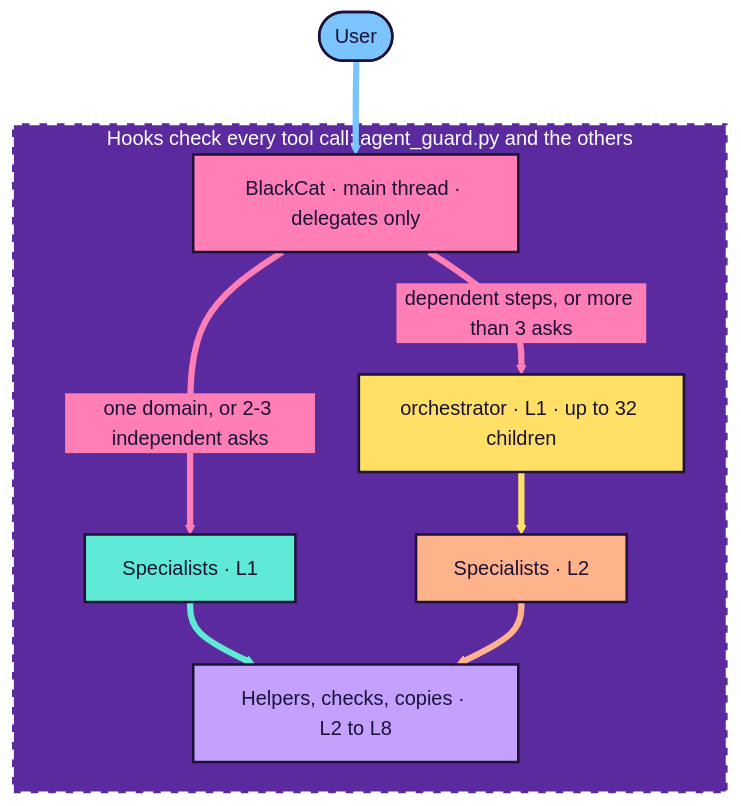
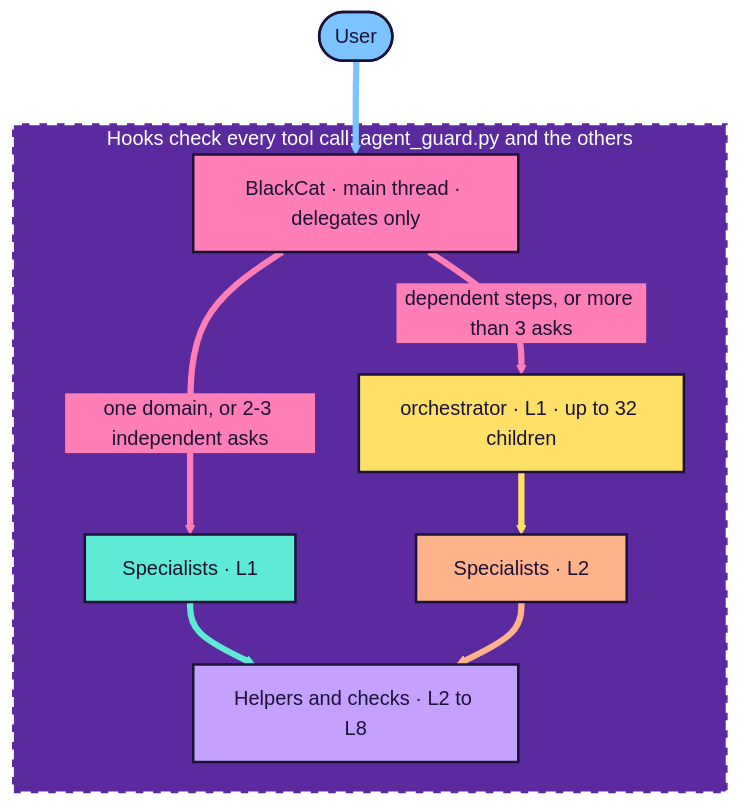
One commit to pmrjge/blackcat changed the diagram in docs/diagrams/architecture.mmd. Above: the diagram before and after it, drawn with Mermaid. The commit also changed 34 other files, not shown here.

```diff
--- a/docs/diagrams/architecture.mmd
+++ b/docs/diagrams/architecture.mmd
@@ -1,35 +1,35 @@
 %%{init: {'theme':'base','themeVariables': {'fontFamily':'-apple-system, Segoe UI, Helvetica, Arial, sans-serif','primaryTextColor':'#1b1236','primaryBorderColor':'#1b1236','lineColor':'#5b2a9e','clusterBkg':'#5b2a9e','clusterBorder':'#ffffff','titleColor':'#ffffff','edgeLabelBackground':'#ff7eb6'}}}%%
 flowchart TD
   accTitle: claude-agent-stack architecture
   accDescr: The user talks to BlackCat, which delegates each job to specialists or to the orchestrator. Specialists spawn helpers down to level 4. Hooks check every tool call of every agent.
   U(["User"])
   subgraph T["Hooks check every tool call: agent_guard.py and the others"]
     B["BlackCat · main thread · delegates only"]
     S1["Specialists · L1"]
     O["orchestrator · L1 · up to 32 children"]
     S2["Specialists · L2"]
-    H["Helpers, checks, copies · L2 to L8"]
+    H["Helpers and checks · L2 to L8"]
   end
   U --> B
   B -->|"one domain, or 2-3 independent asks"| S1
   B -->|"dependent steps, or more than 3 asks"| O
   O --> S2
   S1 --> H
   S2 --> H
   %% Candy palette, same as docs/diagrams/architecture.svg: one fill per node,
   %% dark text #1b1236 on every fill, each edge in its source node's colour.
   style U fill:#7cc4ff,stroke:#1b1236,stroke-width:2px,color:#1b1236
   style B fill:#ff7eb6,stroke:#1b1236,stroke-width:2px,color:#1b1236
   style S1 fill:#5eead4,stroke:#1b1236,stroke-width:2px,color:#1b1236
   style O fill:#ffe066,stroke:#1b1236,stroke-width:2px,color:#1b1236
   style S2 fill:#ffb38a,stroke:#1b1236,stroke-width:2px,color:#1b1236
   style H fill:#c4a1ff,stroke:#1b1236,stroke-width:2px,color:#1b1236
   style T fill:#5b2a9e,stroke:#ffffff,stroke-width:3px,stroke-dasharray:8 6,color:#ffffff
   %% linkStyle index = edge order above: 0 U->B (sky), 1 B->S1 (pink),
   %% 2 B->O (pink), 3 O->S2 (lemon), 4 S1->H (mint), 5 S2->H (peach)
   linkStyle 0 stroke:#7cc4ff,stroke-width:5px
   linkStyle 1 stroke:#ff7eb6,stroke-width:5px
   linkStyle 2 stroke:#ff7eb6,stroke-width:5px
   linkStyle 3 stroke:#ffe066,stroke-width:5px
   linkStyle 4 stroke:#5eead4,stroke-width:5px
   linkStyle 5 stroke:#ffb38a,stroke-width:5px
```
